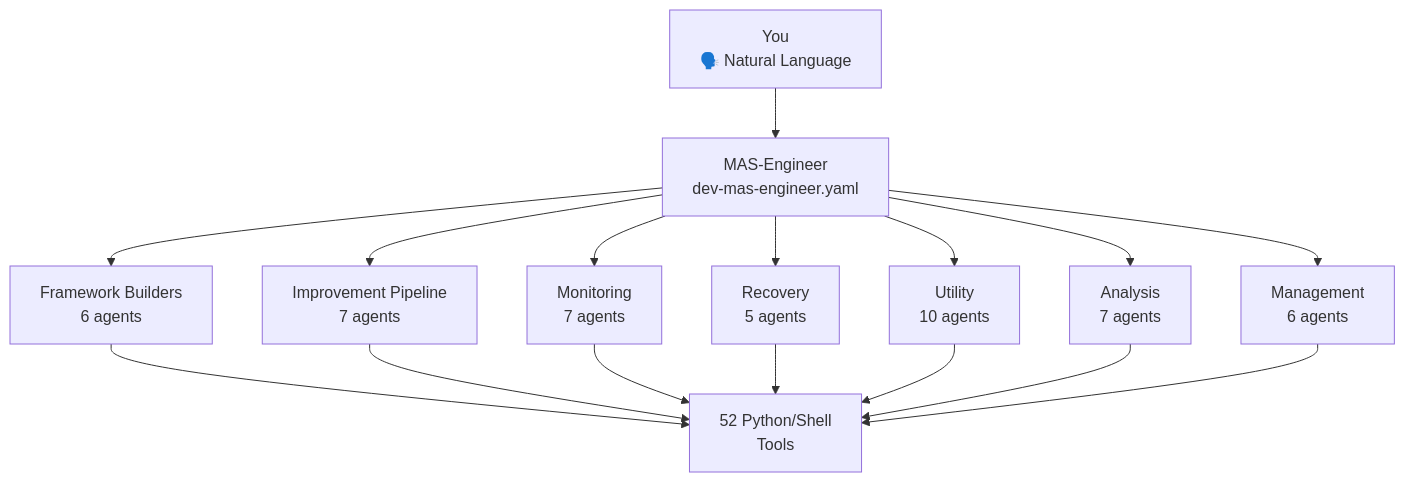
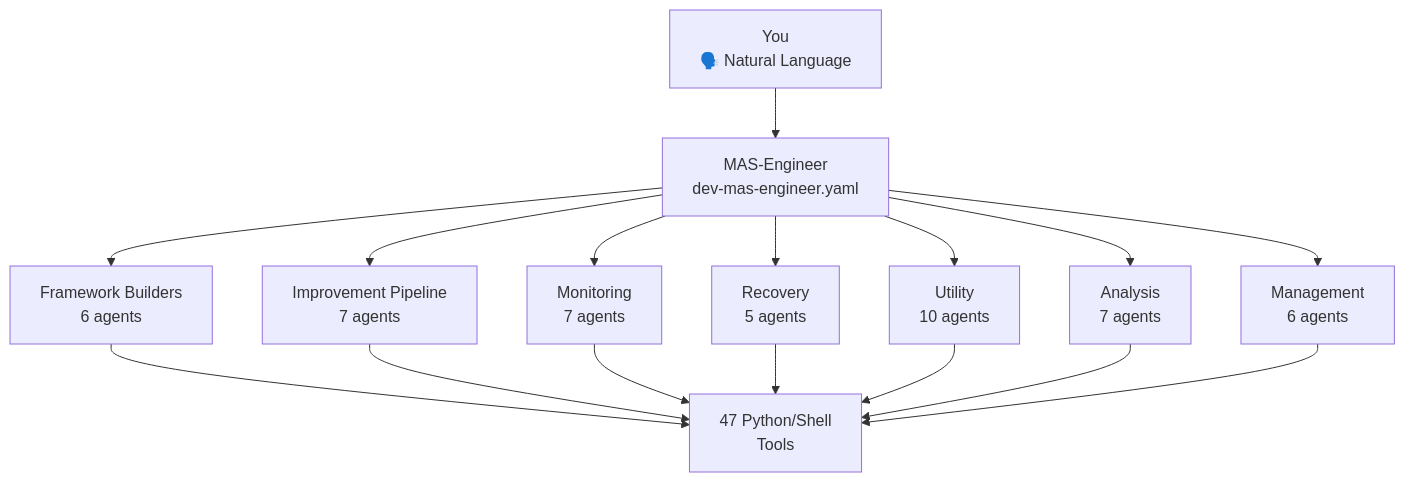
Before and after one commit to mczardybon/mas-engineer: the second of 6 diagrams in README.md, drawn with Mermaid. The commit also changed other lines of this file and 5 other files, not shown here.

Commit message:
docs: fix tool counts 52→47, POC claim, Mermaid bug, pie chart, patterns

````diff
--- a/README.md
+++ b/README.md
@@ -252,12 +252,12 @@
 ```mermaid
 flowchart TD
     YOU["You\n🗣️ Natural Language"] --> ENGINEER["MAS-Engineer\ndev-mas-engineer.yaml"]
     ENGINEER --> FB["Framework Builders\n6 agents"]
     ENGINEER --> IP["Improvement Pipeline\n7 agents"]
     ENGINEER --> MON["Monitoring\n7 agents"]
     ENGINEER --> REC["Recovery\n5 agents"]
     ENGINEER --> UT["Utility\n10 agents"]
     ENGINEER --> AN["Analysis\n7 agents"]
     ENGINEER --> MG["Management\n6 agents"]
-    FB & IP & MON & REC & UT & AN & MG --> TOOLS["52 Python/Shell\nTools"]
+    FB & IP & MON & REC & UT & AN & MG --> TOOLS["47 Python/Shell\nTools"]
 ```
````
